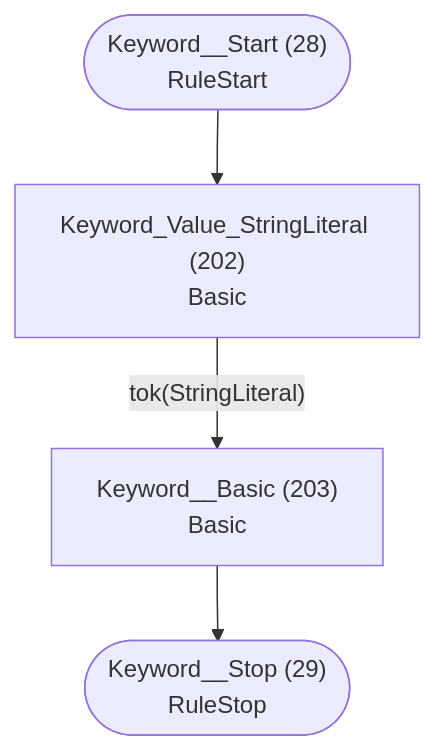
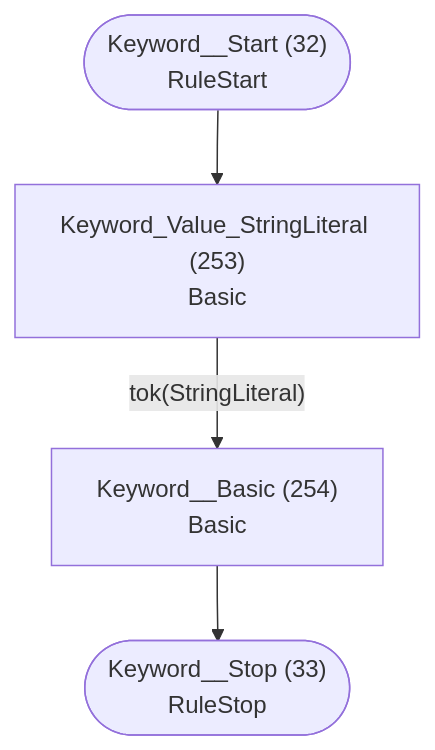
One commit to TypeFox/fastbelt changed diagram 17 of 28 in internal/grammar/atn.md. Above: the diagram before and after it, drawn with Mermaid. The commit also changed other lines of this file and 8 other files, not shown here.

````diff
--- a/internal/grammar/atn.md
+++ b/internal/grammar/atn.md
@@ -479,11 +603,11 @@
 ```mermaid
 flowchart TD
-    q28(["Keyword__Start (28)<br/>RuleStart"])
-    q29(["Keyword__Stop (29)<br/>RuleStop"])
-    q202["Keyword_Value_StringLiteral (202)<br/>Basic<br/>"]
-    q203["Keyword__Basic (203)<br/>Basic<br/>"]
+    q32(["Keyword__Start (32)<br/>RuleStart"])
+    q33(["Keyword__Stop (33)<br/>RuleStop"])
+    q253["Keyword_Value_StringLiteral (253)<br/>Basic<br/>"]
+    q254["Keyword__Basic (254)<br/>Basic<br/>"]
 
-    q28 --> q202
-    q202 -->|"tok(StringLiteral)"| q203
-    q203 --> q29
+    q32 --> q253
+    q253 -->|"tok(StringLiteral)"| q254
+    q254 --> q33
 ```
````
